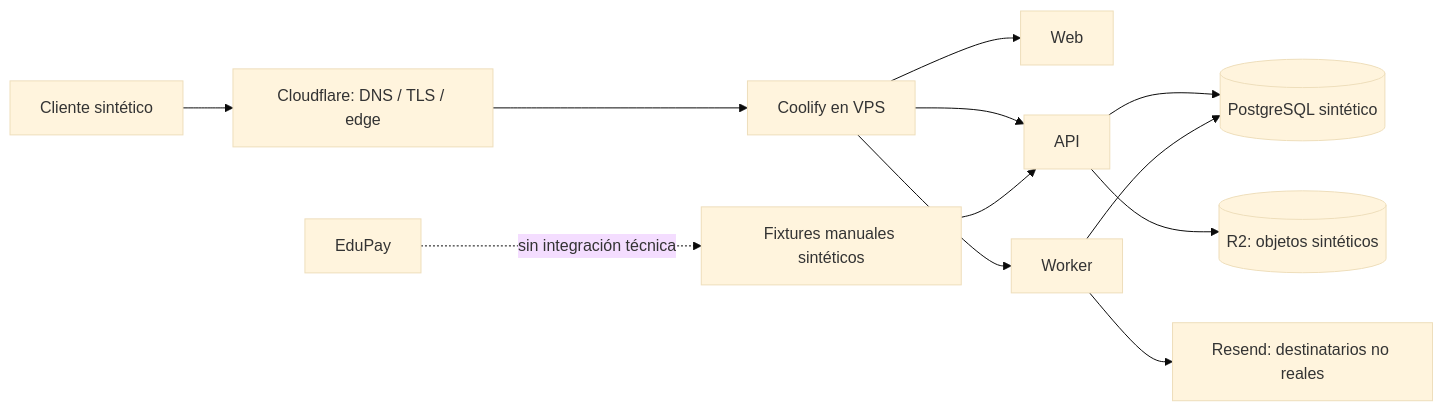
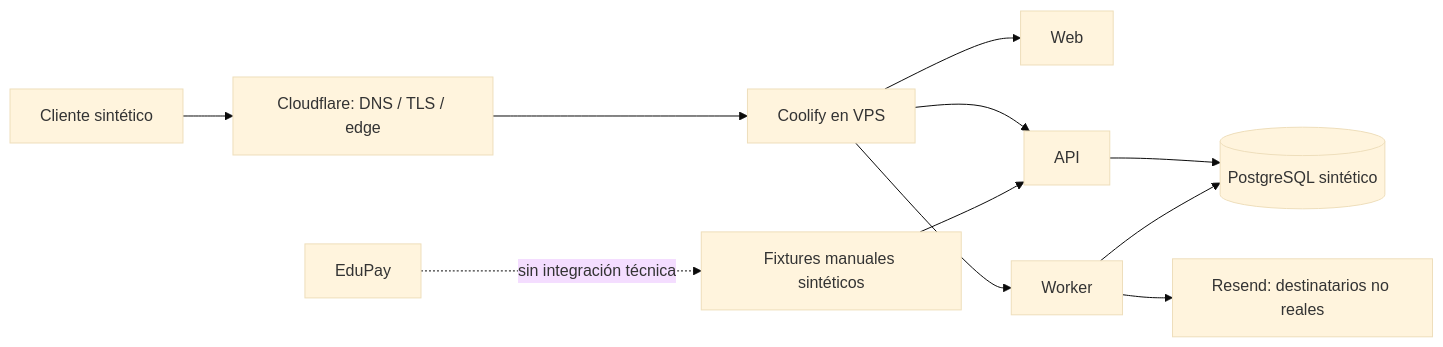
The diagram in docs/g5/25-g5p1p2-coolify-decisions-and-privacy-addendum.md (Sherydans12/Admision-Edupay), drawn with Mermaid (base theme) before and after one commit. The commit also changed other lines of this file and 15 other files, not shown here.

````diff
--- a/docs/g5/25-g5p1p2-coolify-decisions-and-privacy-addendum.md
+++ b/docs/g5/25-g5p1p2-coolify-decisions-and-privacy-addendum.md
@@ -90,14 +90,13 @@
 ```mermaid
 flowchart LR
   Browser[Cliente sintético] --> Edge[Cloudflare: DNS / TLS / edge]
   Edge --> Coolify[Coolify en VPS]
   Coolify --> Web[Web]
   Coolify --> Api[API]
   Coolify --> Worker[Worker]
   Api --> Db[(PostgreSQL sintético)]
   Worker --> Db
-  Api --> Objects[(R2: objetos sintéticos)]
   Worker --> Mail[Resend: destinatarios no reales]
   EduPay[EduPay] -. sin integración técnica .-> Manual[Fixtures manuales sintéticos]
   Manual --> Api
 ```
````
